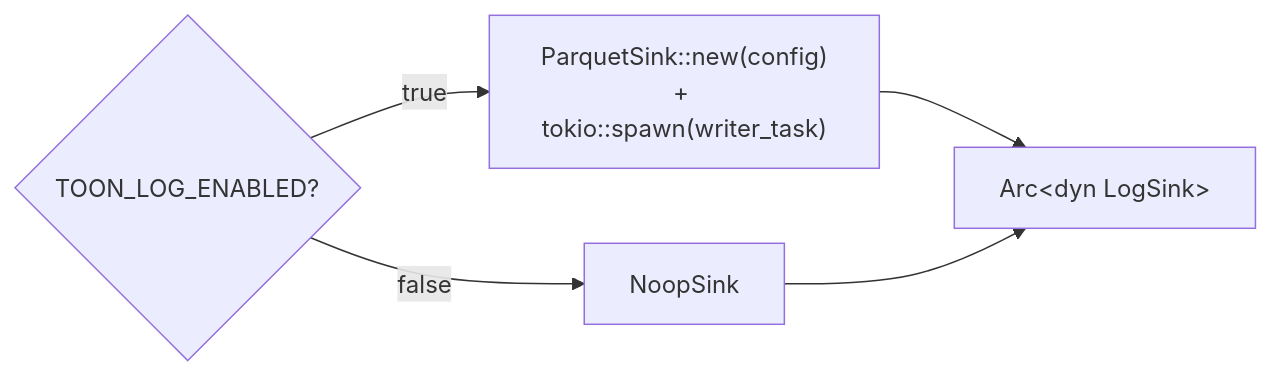
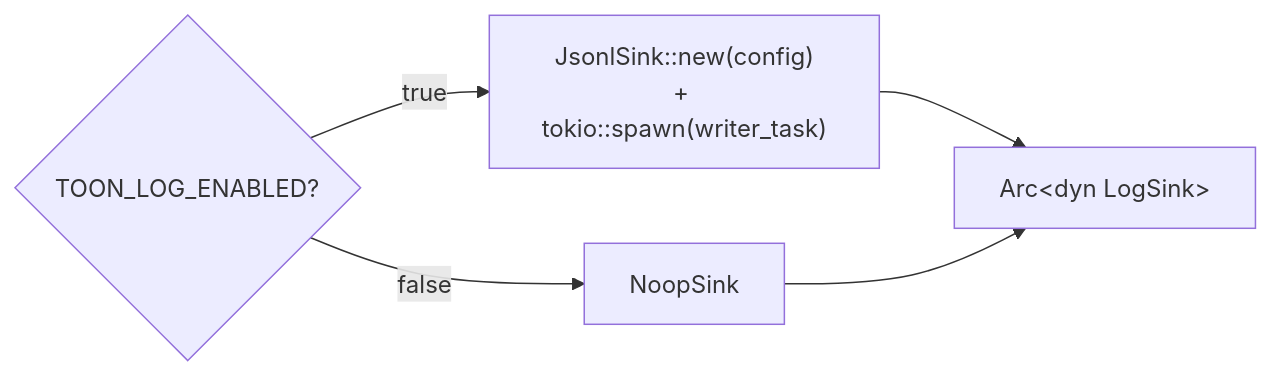
The second of 3 diagrams in docs/logging.md (cipher-rc5/toon-mcp), drawn with Mermaid before and after one commit. The commit also changed other lines of this file and 3 other files, not shown here.

First line of the commit message:
docs: update architecture, configuration, logging, and testing docs

````diff
--- a/docs/logging.md
+++ b/docs/logging.md
@@ -60,8 +60,8 @@
 ```mermaid
 flowchart LR
     LogEnabled{"TOON_LOG_ENABLED?"}
-    LogEnabled -- true --> ParquetSink["ParquetSink::new(config)\n+ tokio::spawn(writer_task)"]
+    LogEnabled -- true --> JsonlSink["JsonlSink::new(config)\n+ tokio::spawn(writer_task)"]
     LogEnabled -- false --> NoopSink["NoopSink"]
-    ParquetSink --> Arc["Arc&lt;dyn LogSink&gt;"]
+    JsonlSink --> Arc["Arc&lt;dyn LogSink&gt;"]
     NoopSink --> Arc
 ```
````
